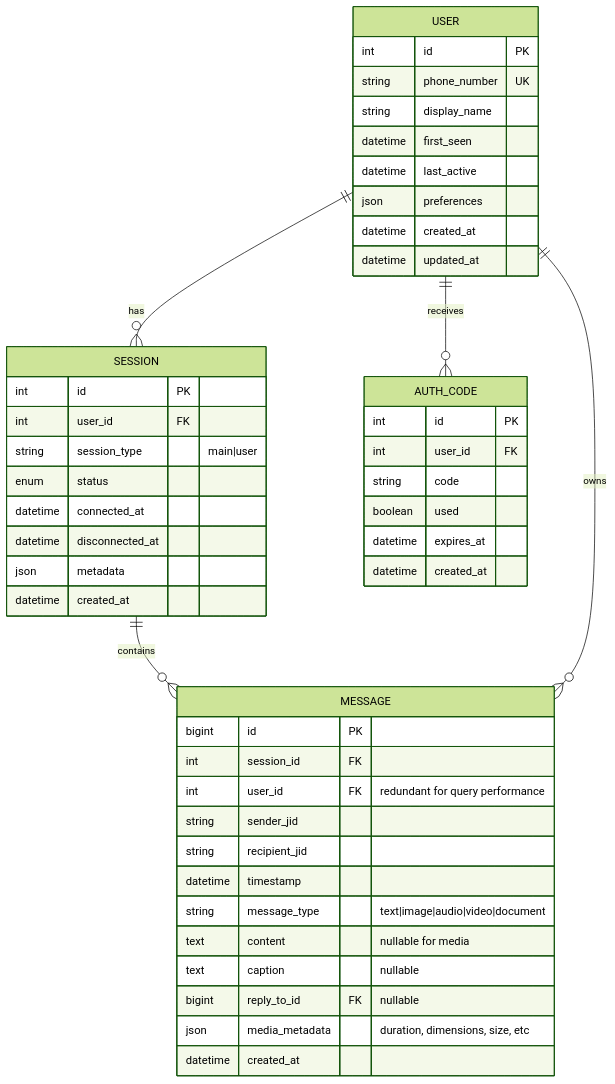
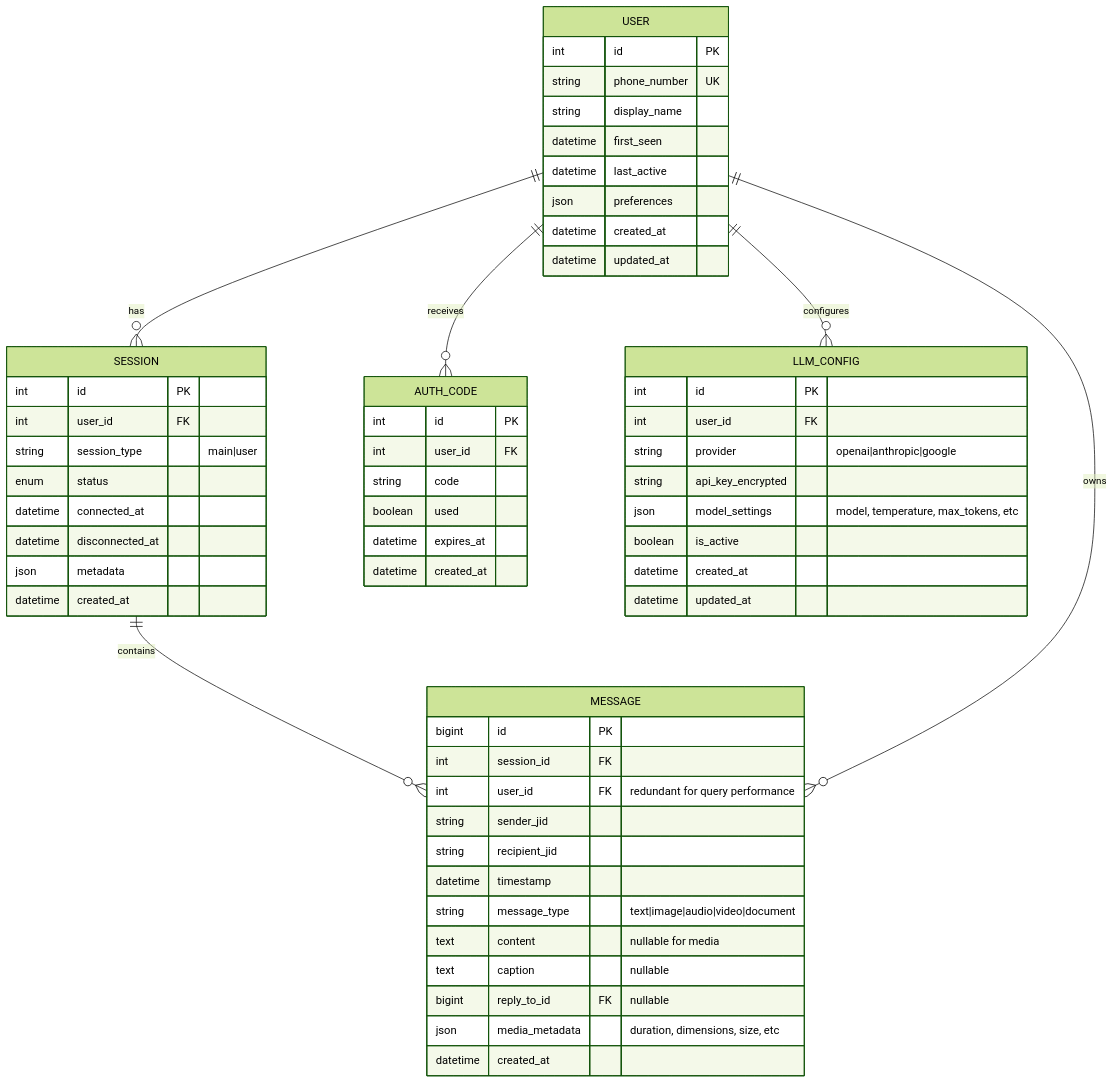
Before and after one commit to tonylampada/zapa: the seventh of 12 diagrams in architecture.md, drawn with Mermaid (forest theme). The commit also changed other lines of this file and 1 other file, not shown here.

First line of the commit message:
Update architecture to support multiple LLM providers

````diff
--- a/architecture.md
+++ b/architecture.md
@@ -216,53 +216,65 @@
 ```mermaid
 erDiagram
     USER ||--o{ SESSION : has
     SESSION ||--o{ MESSAGE : contains
     USER ||--o{ AUTH_CODE : receives
     USER ||--o{ MESSAGE : owns
+    USER ||--o{ LLM_CONFIG : configures
     
     USER {
         int id PK
         string phone_number UK
         string display_name
         datetime first_seen
         datetime last_active
         json preferences
         datetime created_at
         datetime updated_at
     }
     
     SESSION {
         int id PK
         int user_id FK
         string session_type "main|user"
         enum status
         datetime connected_at
         datetime disconnected_at
         json metadata
         datetime created_at
     }
     
     MESSAGE {
         bigint id PK
         int session_id FK
         int user_id FK "redundant for query performance"
         string sender_jid
         string recipient_jid
         datetime timestamp
         string message_type "text|image|audio|video|document"
         text content "nullable for media"
         text caption "nullable"
         bigint reply_to_id FK "nullable"
         json media_metadata "duration, dimensions, size, etc"
         datetime created_at
     }
     
     AUTH_CODE {
         int id PK
         int user_id FK
         string code
         boolean used
         datetime expires_at
         datetime created_at
     }
+    
+    LLM_CONFIG {
+        int id PK
+        int user_id FK
+        string provider "openai|anthropic|google"
+        string api_key_encrypted
+        json model_settings "model, temperature, max_tokens, etc"
+        boolean is_active
+        datetime created_at
+        datetime updated_at
+    }
 ```
````
